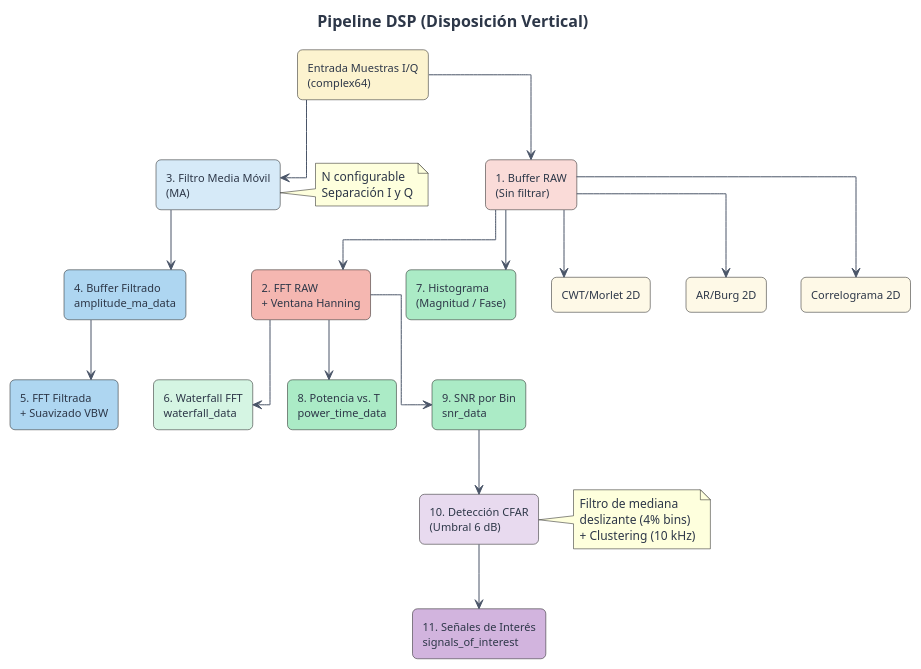
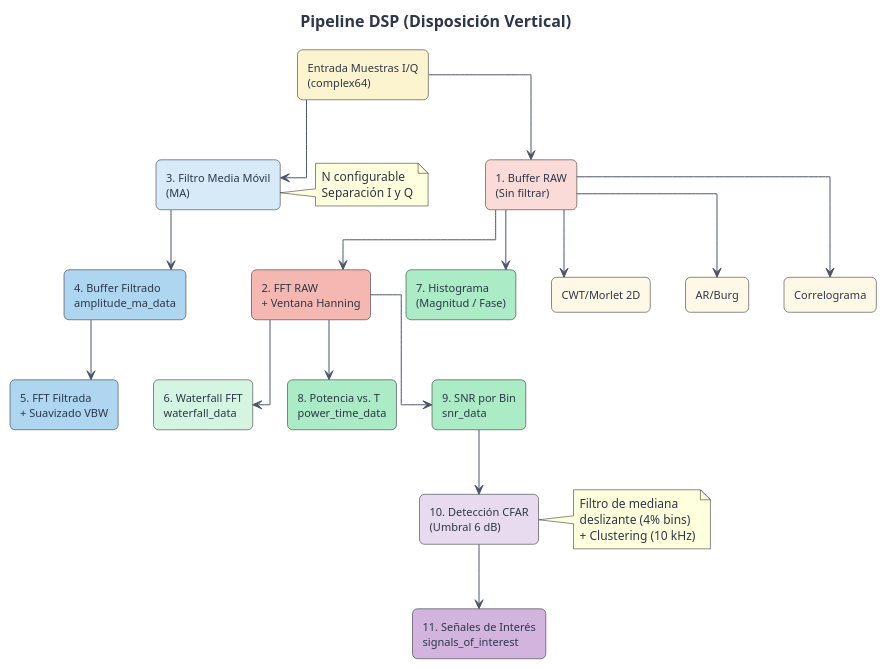
The diagram in docs/fig15_pipeline_dsp.puml (guitarra155/uic_radiotelescopio), drawn with PlantUML before and after one commit. The commit also changed 34 other files, not shown here.

```diff
--- a/docs/fig15_pipeline_dsp.puml
+++ b/docs/fig15_pipeline_dsp.puml
@@ -1,84 +1,84 @@
 @startuml fig15_pipeline_dsp
 
 ' Configuración A4 Vertical
 skinparam BackgroundColor #FFFFFF
 skinparam DefaultFontSize 12
 skinparam DefaultFontColor #2D3748
 skinparam TitleFontSize 16
 skinparam linetype ortho
 
 skinparam rectangle {
     RoundCorner 10
     FontSize 11
 }
 
 skinparam ArrowColor #4A5568
 
 title Pipeline DSP (Disposición Vertical)
 
 ' ── Entrada ──
 rectangle "Entrada Muestras I/Q\n(complex64)" as INPUT #FCF3CF
 
 ' ── Bifurcación Principal ──
 rectangle "1. Buffer RAW\n(Sin filtrar)" as RAW #FADBD8
 rectangle "3. Filtro Media Móvil\n(MA)" as MA #D6EAF8
 
 INPUT -down-> RAW
 INPUT -down-> MA
 
 ' ===================================
 ' ── RUTA FILTRADA (Lado Derecho) ──
 ' ===================================
 rectangle "4. Buffer Filtrado\namplitude_ma_data" as FILT_BUF #AED6F1
 rectangle "5. FFT Filtrada\n+ Suavizado VBW" as FFT_FILT #AED6F1
 
 MA -down-> FILT_BUF
 FILT_BUF -down-> FFT_FILT
 
 note right of MA
     N configurable
     Separación I y Q
 end note
 
 ' ===================================
 ' ── RUTA RAW (Lado Izquierdo) ──
 ' ===================================
 rectangle "2. FFT RAW\n+ Ventana Hanning" as FFT_RAW #F5B7B1
 RAW -down-> FFT_RAW
 
 ' Derivados Directos de RAW (Espectrogramas Avanzados e Histograma)
 rectangle "7. Histograma\n(Magnitud / Fase)" as HIST #ABEBC6
 rectangle "CWT/Morlet 2D" as CWT #FEF9E7
-rectangle "AR/Burg 2D" as AR #FEF9E7
-rectangle "Correlograma 2D" as CORR #FEF9E7
+rectangle "AR/Burg" as AR #FEF9E7
+rectangle "Correlograma" as CORR #FEF9E7
 
 RAW -down-> HIST
 RAW -down-> CWT
 RAW -down-> AR
 RAW -down-> CORR
 
 ' Derivados de FFT RAW
 rectangle "6. Waterfall FFT\nwaterfall_data" as WF #D5F5E3
 rectangle "8. Potencia vs. T\npower_time_data" as PWR #ABEBC6
 rectangle "9. SNR por Bin\nsnr_data" as SNR #ABEBC6
 
 FFT_RAW -down-> WF
 FFT_RAW -down-> PWR
 FFT_RAW -down-> SNR
 
 ' ===================================
 ' ── ETAPA DE DETECCIÓN (Abajo) ──
 ' ===================================
 rectangle "10. Detección CFAR\n(Umbral 6 dB)" as CFAR #E8DAEF
 rectangle "11. Señales de Interés\nsignals_of_interest" as SIG #D2B4DE
 
 SNR -down-> CFAR
 CFAR -down-> SIG
 
 note right of CFAR
     Filtro de mediana
     deslizante (4% bins)
     + Clustering (10 kHz)
 end note
 
 @enduml
```
